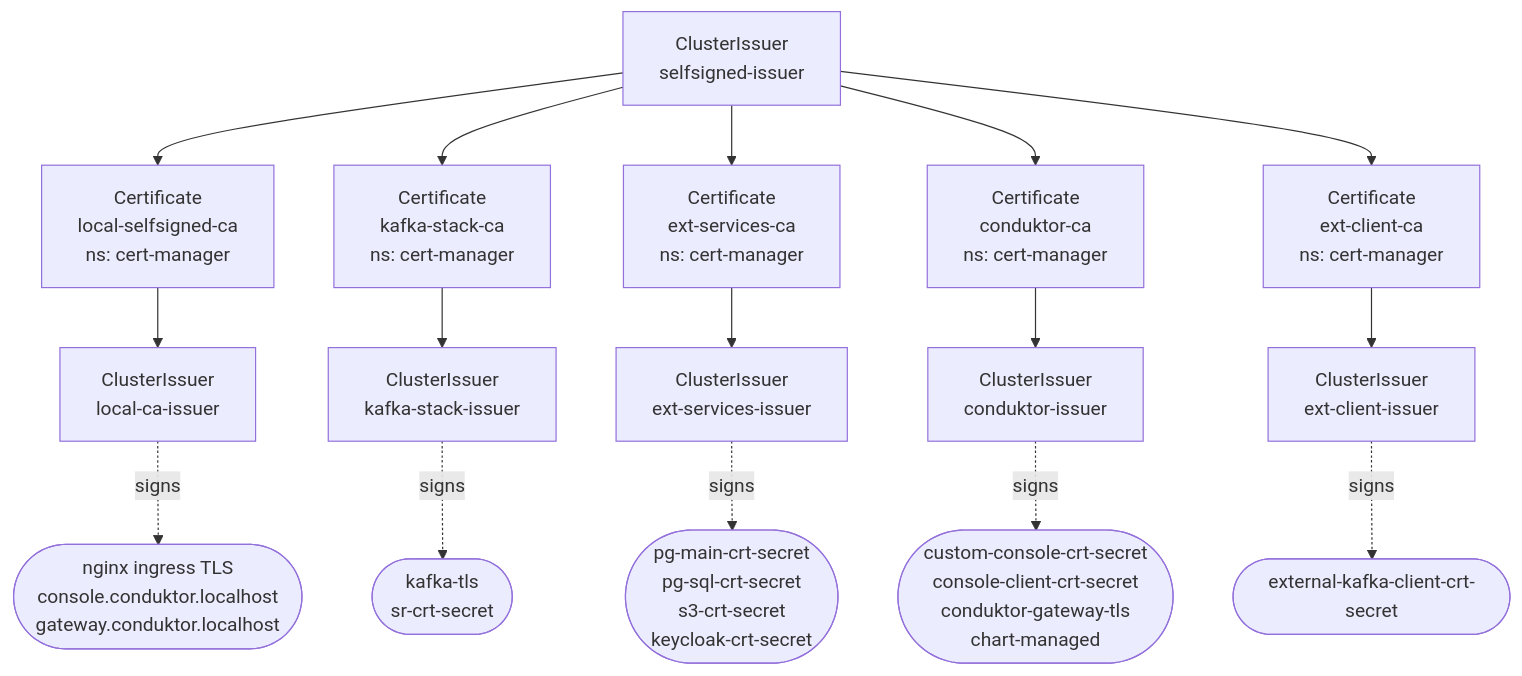
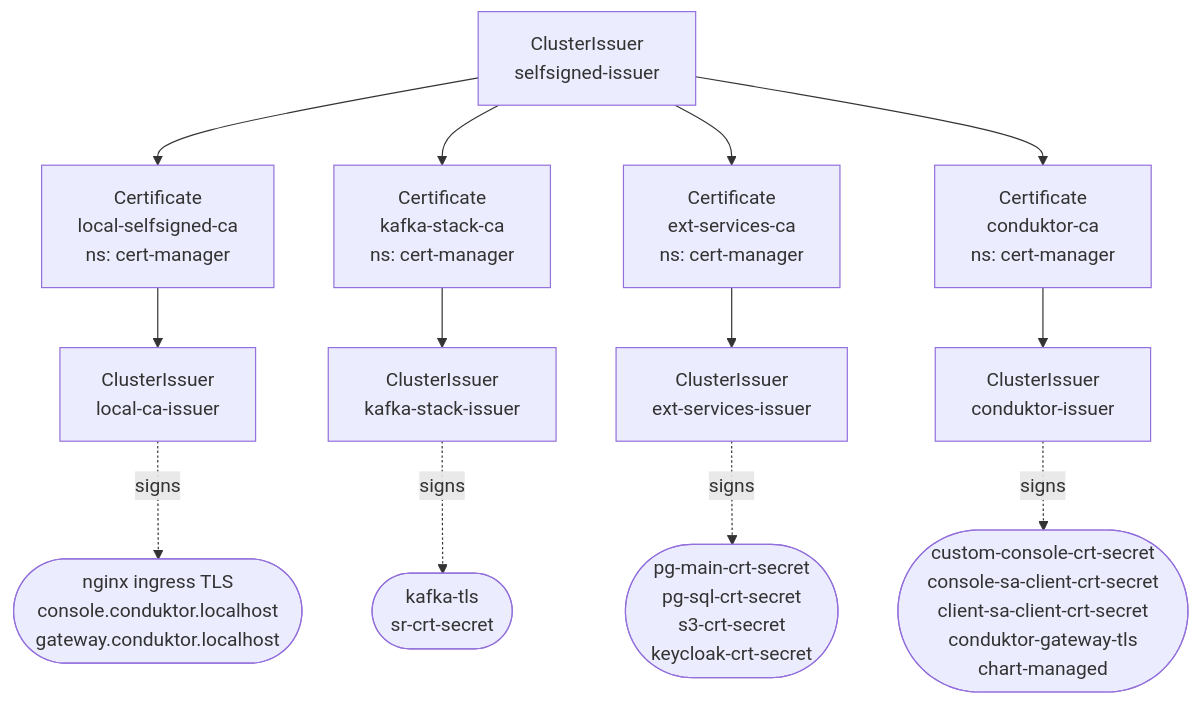
One commit to conduktor/conduktor-reference-architecture changed the first of 2 diagrams in local-stack/CERTIFICATES.md. Above: the diagram before and after it, drawn with Mermaid. The commit also changed other lines of this file and 18 other files, not shown here.

Commit message:
make internal gateway listener use mtls and external use sasl oauth

````diff
--- a/local-stack/CERTIFICATES.md
+++ b/local-stack/CERTIFICATES.md
@@ -26,28 +31,24 @@
 ```mermaid
 flowchart TB
     SI[ClusterIssuer<br/>selfsigned-issuer]
 
     LCA[Certificate<br/>local-selfsigned-ca<br/>ns: cert-manager]
     KCA[Certificate<br/>kafka-stack-ca<br/>ns: cert-manager]
     ECA[Certificate<br/>ext-services-ca<br/>ns: cert-manager]
     CCA[Certificate<br/>conduktor-ca<br/>ns: cert-manager]
-    XCA[Certificate<br/>ext-client-ca<br/>ns: cert-manager]
 
     LCI[ClusterIssuer<br/>local-ca-issuer]
     KCI[ClusterIssuer<br/>kafka-stack-issuer]
     ECI[ClusterIssuer<br/>ext-services-issuer]
     CCI[ClusterIssuer<br/>conduktor-issuer]
-    XCI[ClusterIssuer<br/>ext-client-issuer]
 
     SI --> LCA --> LCI
     SI --> KCA --> KCI
     SI --> ECA --> ECI
     SI --> CCA --> CCI
-    SI --> XCA --> XCI
 
     LCI -. signs .-> ING([nginx ingress TLS<br/>console.conduktor.localhost<br/>gateway.conduktor.localhost])
     KCI -. signs .-> KFL([kafka-tls<br/>sr-crt-secret])
     ECI -. signs .-> EFL([pg-main-crt-secret<br/>pg-sql-crt-secret<br/>s3-crt-secret<br/>keycloak-crt-secret])
-    CCI -. signs .-> CFL([custom-console-crt-secret<br/>console-client-crt-secret<br/>conduktor-gateway-tls<br/>chart-managed])
-    XCI -. signs .-> XFL([external-kafka-client-crt-secret])
+    CCI -. signs .-> CFL([custom-console-crt-secret<br/>console-sa-client-crt-secret<br/>client-sa-client-crt-secret<br/>conduktor-gateway-tls<br/>chart-managed])
 ```
````
